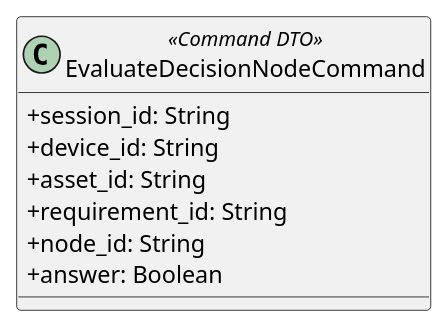
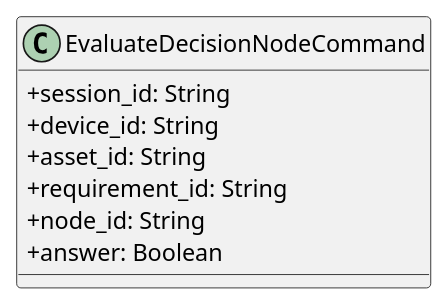
Before and after one commit to GroupRubberDuck/Documentazione: the diagram in src/PB/DocumentazioneEsterna/Specifica_Tecnica/content/05-diagrammi-classi/uml/puml/Backend/Command/EvaluateDecisionNodeCommand.puml, drawn with PlantUML. The commit also changed 70 other files, not shown here.

```diff
--- a/src/PB/DocumentazioneEsterna/Specifica_Tecnica/content/05-diagrammi-classi/uml/puml/Backend/Command/EvaluateDecisionNodeCommand.puml
+++ b/src/PB/DocumentazioneEsterna/Specifica_Tecnica/content/05-diagrammi-classi/uml/puml/Backend/Command/EvaluateDecisionNodeCommand.puml
@@ -1,11 +1,11 @@
 @startuml
 skinparam classAttributeIconSize 0   
-    class EvaluateDecisionNodeCommand <<Command DTO>> {
+    class EvaluateDecisionNodeCommand {
         + session_id: String
         + device_id: String
         + asset_id: String
         + requirement_id: String
         + node_id: String
         + answer: Boolean
     }
 @enduml
```
